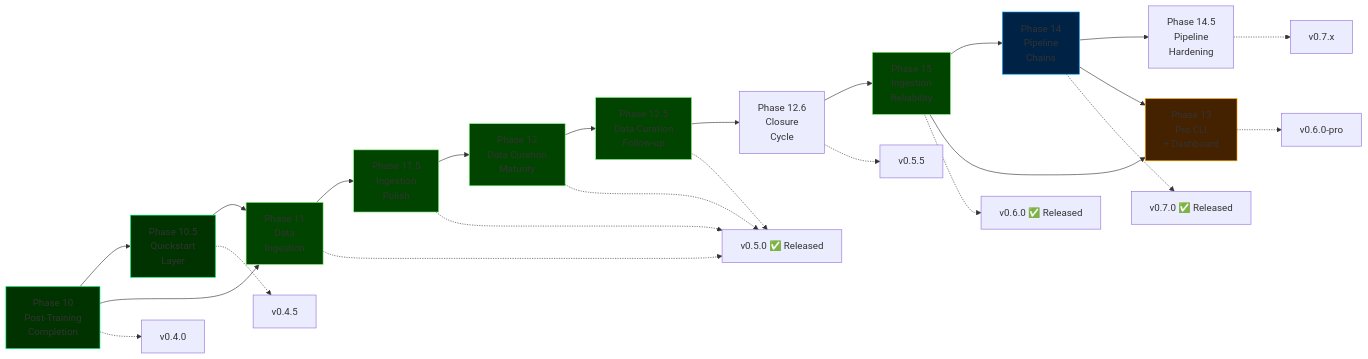
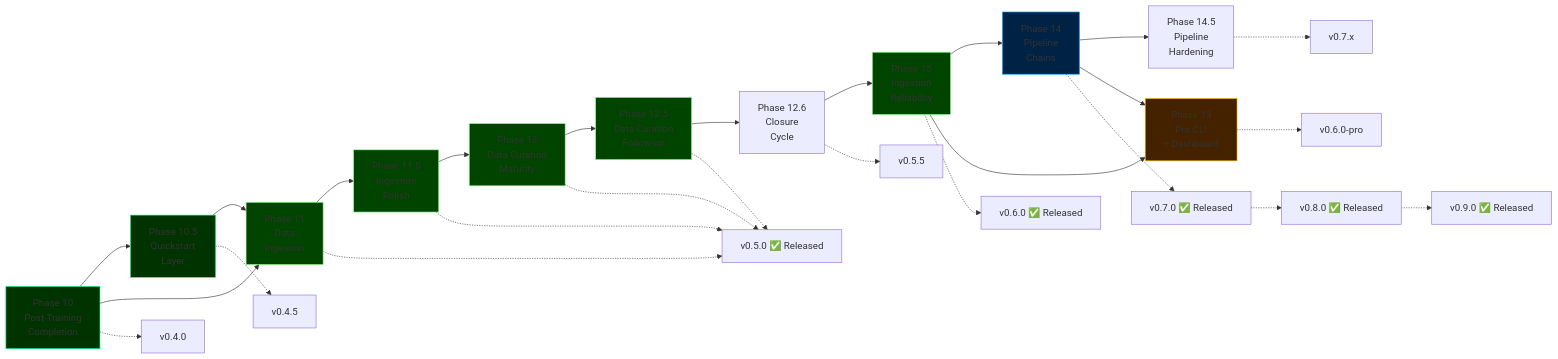
Before and after one commit to HodeTech/ForgeLM: the diagram in docs/roadmap.md, drawn with Mermaid. The commit also changed other lines of this file and 11 other files, not shown here.

````diff
--- a/docs/roadmap.md
+++ b/docs/roadmap.md
@@ -48,37 +50,39 @@
 ```mermaid
 graph LR
     P10[Phase 10<br/>Post-Training<br/>Completion] --> P105[Phase 10.5<br/>Quickstart<br/>Layer]
     P10 --> P11[Phase 11<br/>Data<br/>Ingestion]
     P105 --> P11
     P11 --> P115[Phase 11.5<br/>Ingestion<br/>Polish]
     P115 --> P12[Phase 12<br/>Data Curation<br/>Maturity]
     P12 --> P125[Phase 12.5<br/>Data Curation<br/>Follow-up]
     P125 --> P126[Phase 12.6<br/>Closure<br/>Cycle]
     P126 --> P15[Phase 15<br/>Ingestion<br/>Reliability]
     P15 --> P14[Phase 14<br/>Pipeline<br/>Chains]
     P14 --> P145[Phase 14.5<br/>Pipeline<br/>Hardening]
     P14 --> P13[Phase 13<br/>Pro CLI<br/>+ Dashboard]
     P15 --> P13
 
     P10 -.-> V1[v0.4.0]
     P105 -.-> V15[v0.4.5]
     P11 -.-> V2[v0.5.0 ✅ Released]
     P115 -.-> V2
     P12 -.-> V2
     P125 -.-> V2
     P126 -.-> V25[v0.5.5]
     P15 -.-> V23[v0.6.0 ✅ Released]
     P14 -.-> V27[v0.7.0 ✅ Released]
+    V27 -.-> V28[v0.8.0 ✅ Released]
+    V28 -.-> V29[v0.9.0 ✅ Released]
     P145 -.-> V275[v0.7.x]
     P13 -.-> V3[v0.6.0-pro]
 
     style P10 fill:#003300,stroke:#00ff88
     style P105 fill:#003300,stroke:#00ff88
     style P11 fill:#004400,stroke:#88ff88
     style P115 fill:#004400,stroke:#88ff88
     style P12 fill:#004400,stroke:#88ff88
     style P125 fill:#004400,stroke:#88ff88
     style P15 fill:#004400,stroke:#88ff88
     style P14 fill:#002244,stroke:#00aaff
     style P13 fill:#442200,stroke:#ffaa00
 ```
````
